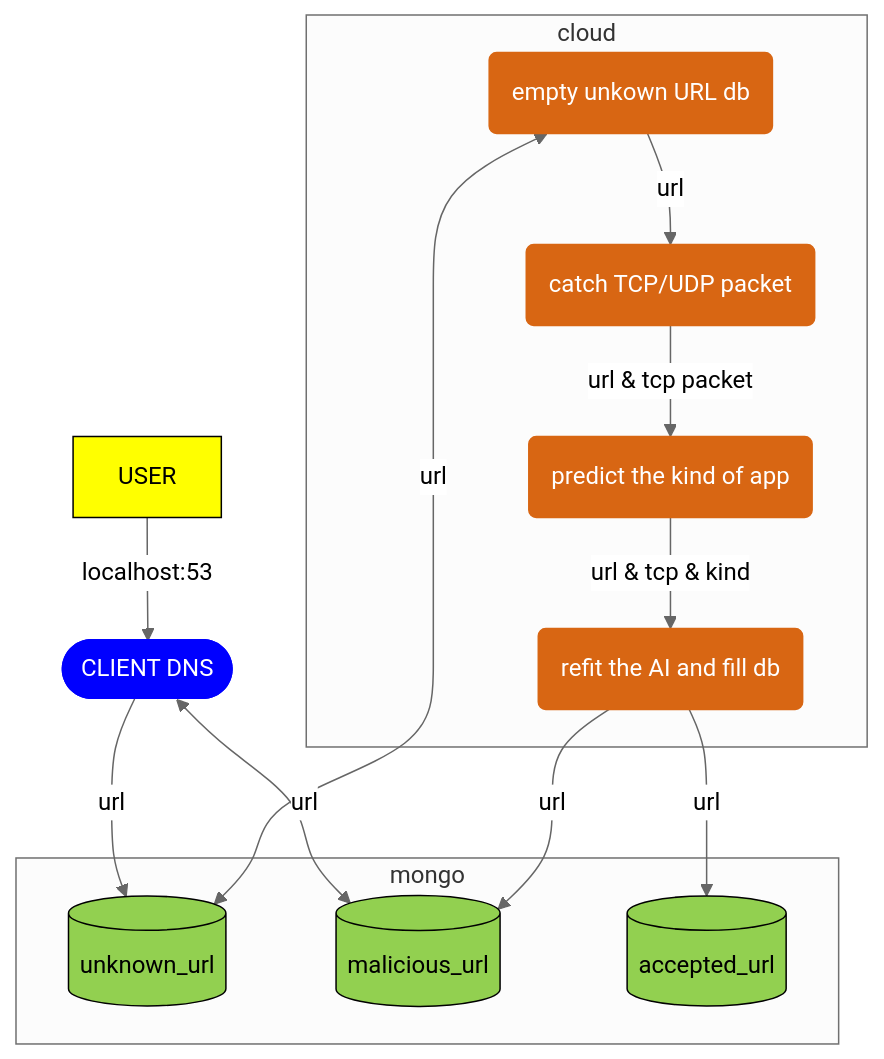
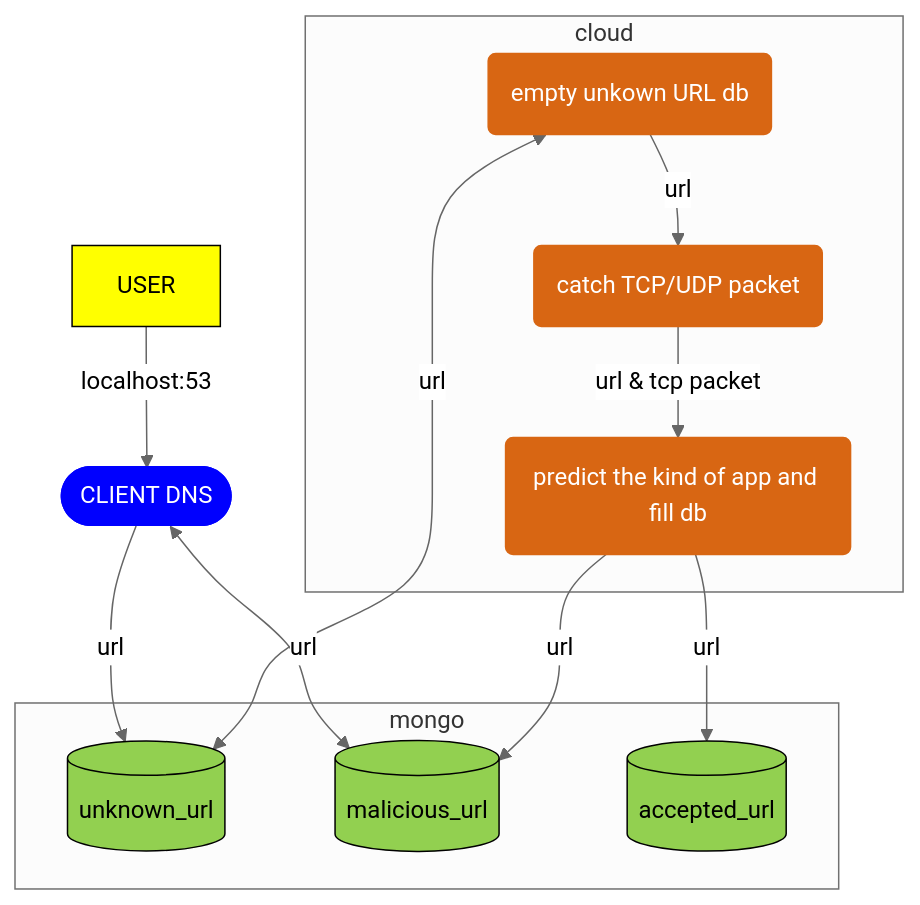
The first of 5 diagrams in README.md (maaelle/architecture_network_analysis), drawn with Mermaid (neutral theme) before and after one commit.

Commit message:
maj readme

````diff
--- a/README.md
+++ b/README.md
@@ -29,46 +29,44 @@
 ```mermaid
 flowchart TB
 
 CLI([CLIENT DNS])
 
 DB1[(unknown_url)]
 DB2[(malicious_url)]
 DB3[(accepted_url)]
 
 L1(empty unkown URL db)
 L2(catch TCP/UDP packet)
-L3(predict the kind of app)
-L4(refit the AI and fill db)
+L3(predict the kind of app and fill db)
 
 USER --> |localhost:53| CLI
 
 CLI --> |url| DB1
 CLI <--> |url| DB2
 L1 <--> |url| DB1
 
-L4 --> |url| DB2
-L4 --> |url| DB3
+L3 --> |url| DB2
+L3 --> |url| DB3
 
 subgraph cloud 
-    L1 --> |url| L2 --> |url & tcp packet| L3 --> |url & tcp & kind| L4
+    L1 --> |url| L2 --> |url & tcp packet| L3 
 end
 
 subgraph mongo
     DB1
     DB2
     DB3
 end
 
 style DB1 fill:#92D050,color:black,stroke:black
 style DB2 fill:#92D050,color:black,stroke:black
 style DB3 fill:#92D050,color:black,stroke:black
 
 style L1 fill:#D86613,color:white,stroke:#D86613
 style L2 fill:#D86613,color:white,stroke:#D86613
 style L3 fill:#D86613,color:white,stroke:#D86613
-style L4 fill:#D86613,color:white,stroke:#D86613
 
 style CLI fill:blue,color:white,stroke:blue
 
 style USER fill:yellow,color:black,stroke:black
 ```
````
